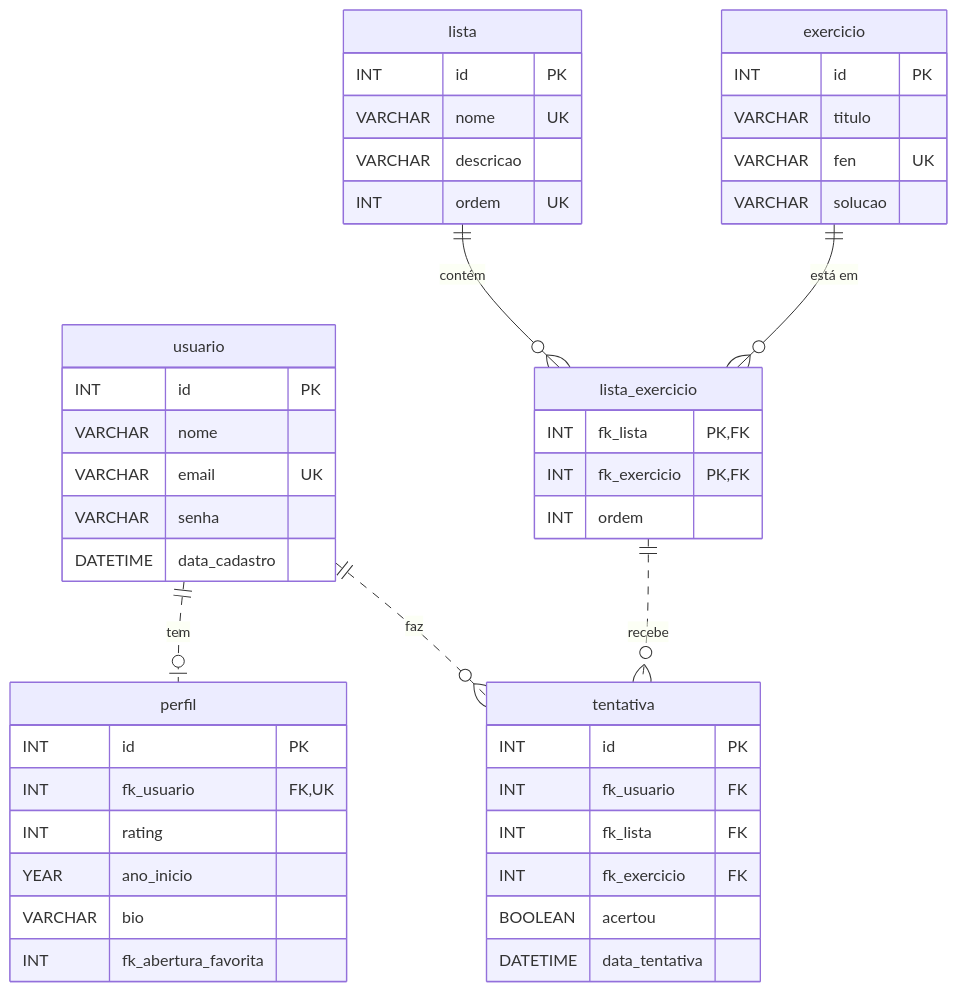
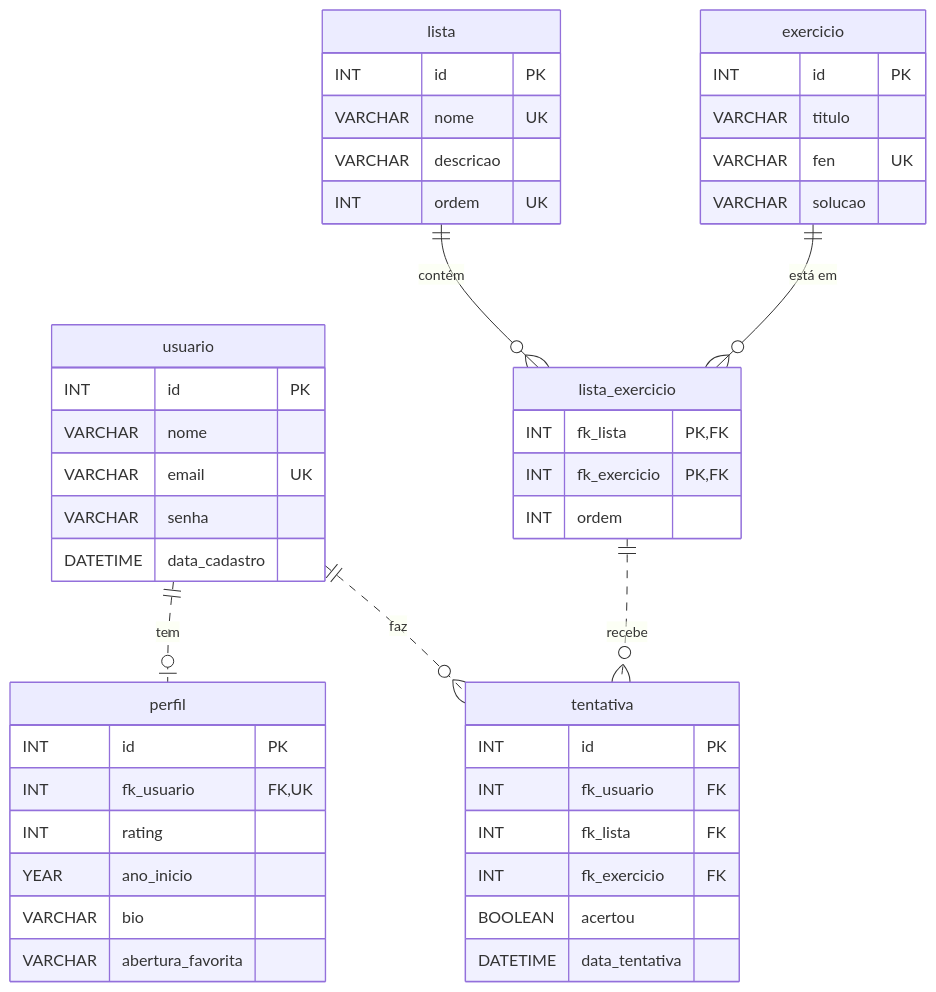
Before and after one commit to igor-fuchs01/chess-life: the diagram in .docs/03-database.md, drawn with Mermaid. The commit also changed other lines of this file and 3 other files, not shown here.

````diff
--- a/.docs/03-database.md
+++ b/.docs/03-database.md
@@ -52,49 +52,49 @@
 ```mermaid
 erDiagram
     usuario ||..o| perfil : "tem"
     lista ||--o{ lista_exercicio : "contém"
     exercicio ||--o{ lista_exercicio : "está em"
     usuario ||..o{ tentativa : "faz"
     lista_exercicio ||..o{ tentativa : "recebe"
 
     usuario {
         INT id PK
         VARCHAR nome
         VARCHAR email UK
         VARCHAR senha
         DATETIME data_cadastro
     }
     perfil {
         INT id PK
         INT fk_usuario FK, UK
         INT rating
         YEAR ano_inicio
         VARCHAR bio
-        INT fk_abertura_favorita
+        VARCHAR abertura_favorita
     }
     lista {
         INT id PK
         VARCHAR nome UK
         VARCHAR descricao
         INT ordem UK
     }
     exercicio {
         INT id PK
         VARCHAR titulo
         VARCHAR fen UK
         VARCHAR solucao
     }
     lista_exercicio {
         INT fk_lista PK, FK
         INT fk_exercicio PK, FK
         INT ordem
     }
     tentativa {
         INT id PK
         INT fk_usuario FK
         INT fk_lista FK
         INT fk_exercicio FK
         BOOLEAN acertou
         DATETIME data_tentativa
     }
 ```
````
